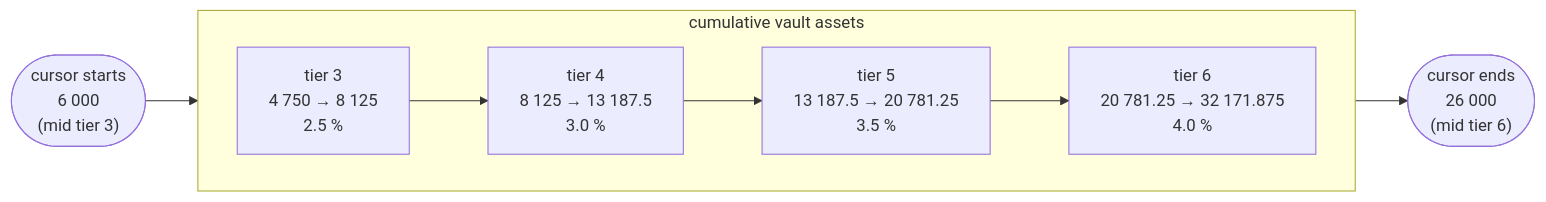
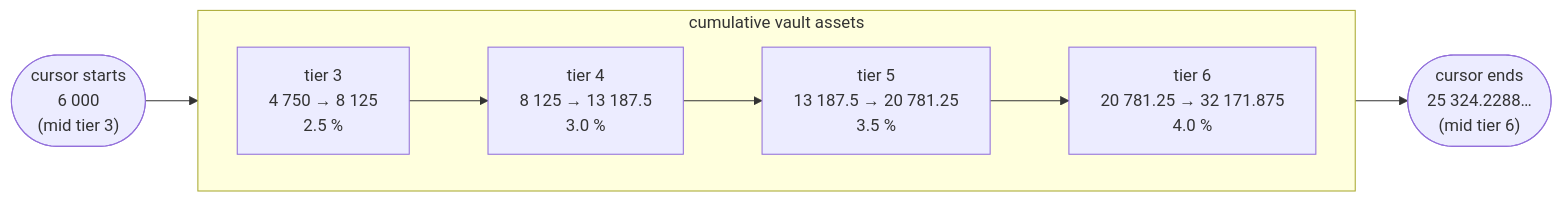
Before and after one commit to 0xIntuition/intuition-contracts-v2: the second of 4 diagrams in docs/call-flows/dynamic-fee-curve.md, drawn with Mermaid. The commit also changed other lines of this file and 26 other files, not shown here.

````diff
--- a/docs/call-flows/dynamic-fee-curve.md
+++ b/docs/call-flows/dynamic-fee-curve.md
@@ -111,13 +126,13 @@
 ```mermaid
 flowchart LR
   subgraph ladder["cumulative vault assets"]
     direction LR
     a["tier 3<br/>4 750 → 8 125<br/>2.5 %"]
     b["tier 4<br/>8 125 → 13 187.5<br/>3.0 %"]
     c["tier 5<br/>13 187.5 → 20 781.25<br/>3.5 %"]
     d["tier 6<br/>20 781.25 → 32 171.875<br/>4.0 %"]
     a --> b --> c --> d
   end
   start(["cursor starts<br/>6 000<br/>(mid tier 3)"]) --> a
-  d --> fin(["cursor ends<br/>26 000<br/>(mid tier 6)"])
+  d --> fin(["cursor ends<br/>25 324.2288…<br/>(mid tier 6)"])
 ```
````
